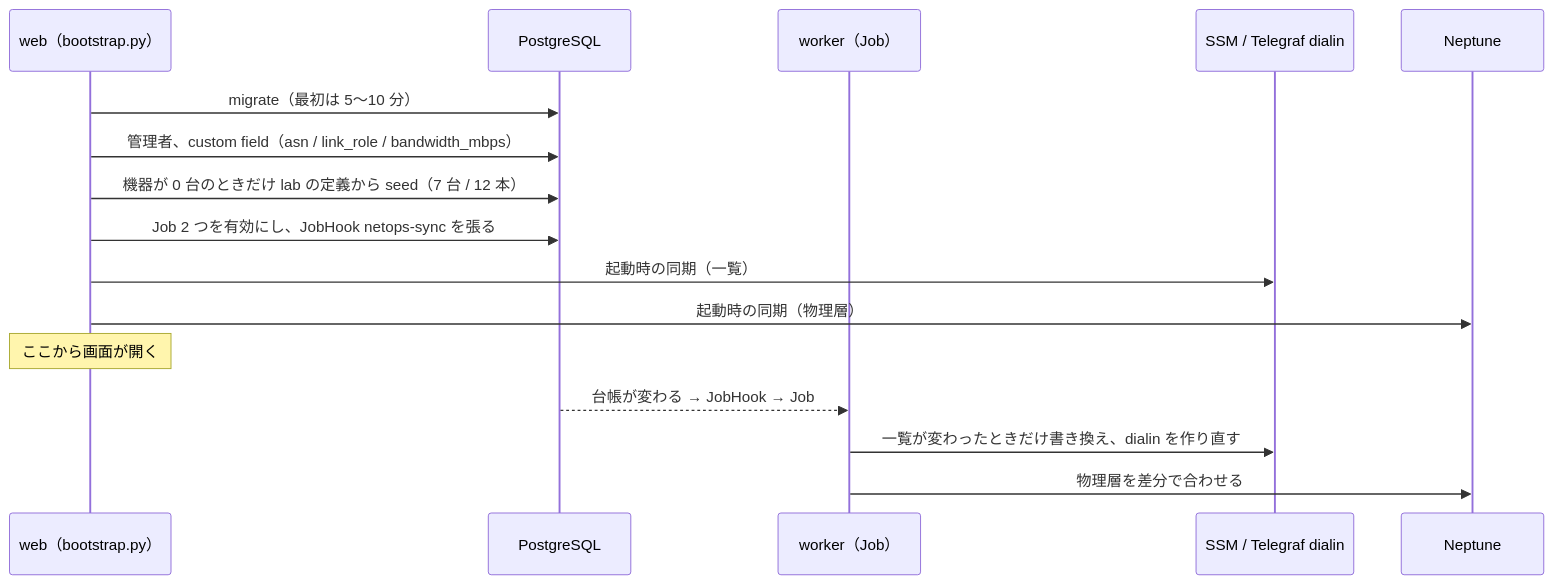
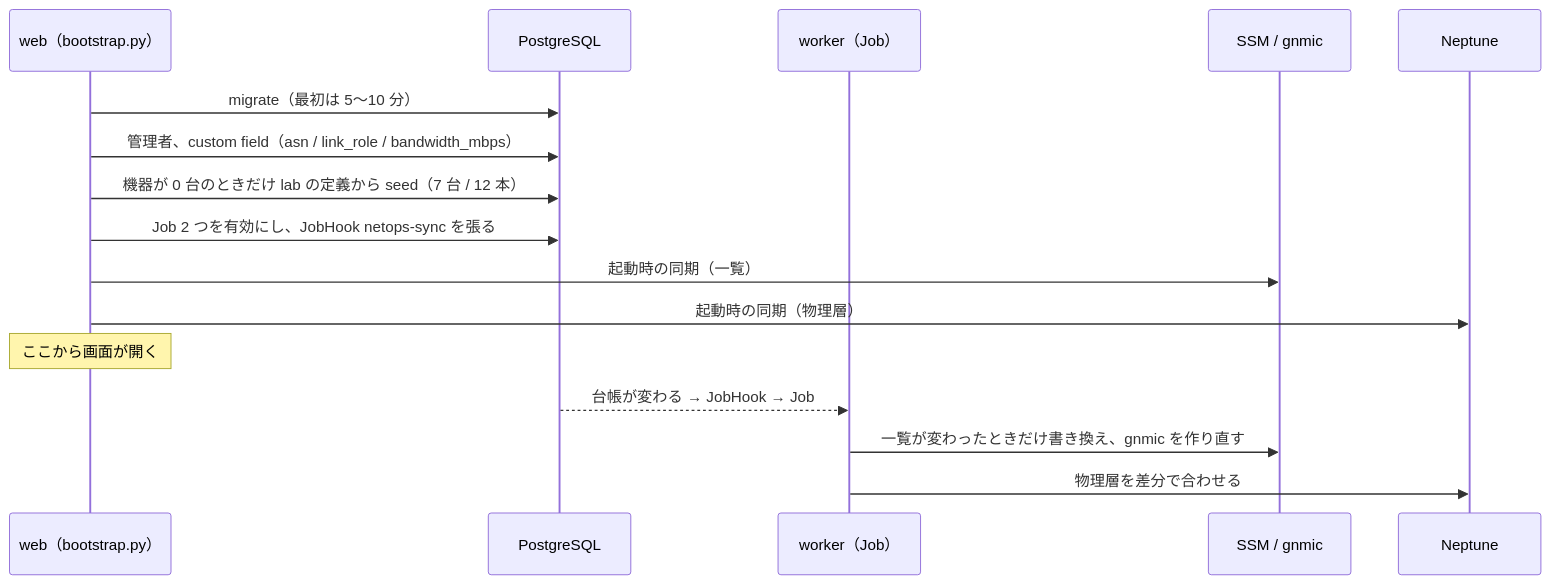
The second of 4 diagrams in docs/nautobot.md (eddie-eights/nwc-poc), drawn with Mermaid before and after one commit. The commit also changed other lines of this file and 89 other files, not shown here.

First line of the commit message:
gNMI を gnmic で取り、dial-in をやめる（013）: 第 2 段を終える（telegraf-dialin と SNMP のポーリングを外し、gnmic を足す）

````diff
--- a/docs/nautobot.md
+++ b/docs/nautobot.md
@@ -88,18 +88,18 @@
 ```mermaid
 sequenceDiagram
   participant W as web（bootstrap.py）
   participant D as PostgreSQL
   participant K as worker（Job）
-  participant T as SSM / Telegraf dialin
+  participant T as SSM / gnmic
   participant N as Neptune
   W->>D: migrate（最初は 5〜10 分）
   W->>D: 管理者、custom field（asn / link_role / bandwidth_mbps）
   W->>D: 機器が 0 台のときだけ lab の定義から seed（7 台 / 12 本）
   W->>D: Job 2 つを有効にし、JobHook netops-sync を張る
   W->>T: 起動時の同期（一覧）
   W->>N: 起動時の同期（物理層）
   Note over W: ここから画面が開く
   D-->>K: 台帳が変わる → JobHook → Job
-  K->>T: 一覧が変わったときだけ書き換え、dialin を作り直す
+  K->>T: 一覧が変わったときだけ書き換え、gnmic を作り直す
   K->>N: 物理層を差分で合わせる
 ```
````
